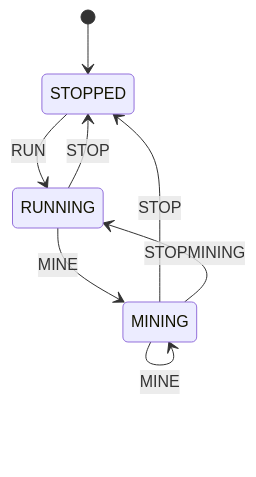
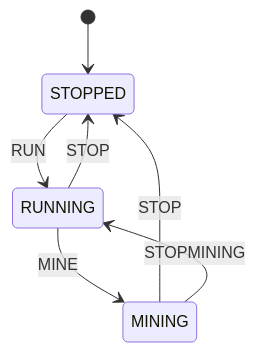
Before and after one commit to freemans13/teranode: the diagram in docs/state-machine.diagram.md, drawn with Mermaid. The commit also changed 8 other files, not shown here.

````diff
--- a/docs/state-machine.diagram.md
+++ b/docs/state-machine.diagram.md
@@ -5,10 +5,9 @@
 ```mermaid
 stateDiagram-v2
     [*] --> STOPPED
-    MINING --> MINING: MINE
     MINING --> STOPPED: STOP
     MINING --> RUNNING: STOPMINING
     RUNNING --> MINING: MINE
     RUNNING --> STOPPED: STOP
     STOPPED --> RUNNING: RUN
 ```
````
